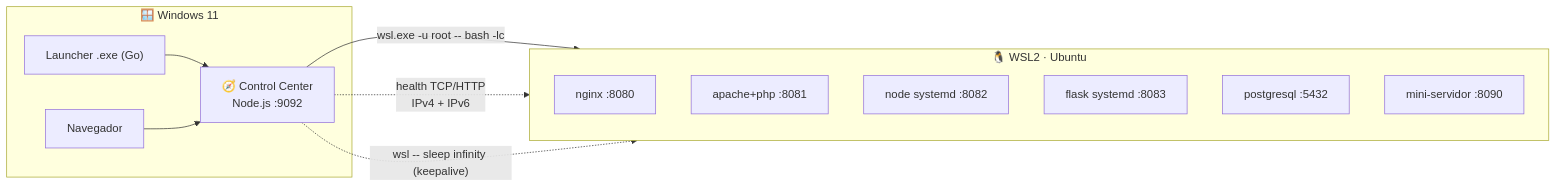
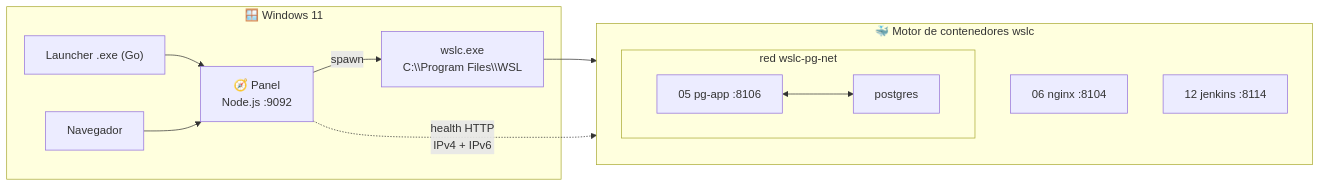
The first of 2 diagrams in docs/ARCHITECTURE.md (vladimiracunadev-create/wsl-labs), drawn with Mermaid before and after one commit. The commit also changed other lines of this file and 90 other files, not shown here.

````diff
--- a/docs/ARCHITECTURE.md
+++ b/docs/ARCHITECTURE.md
@@ -38,21 +37,23 @@
 ```mermaid
 flowchart LR
     subgraph WIN["🪟 Windows 11"]
         B["Navegador"]
         L["Launcher .exe (Go)"]
-        D["🧭 Control Center<br/>Node.js :9092"]
+        D["🧭 Panel<br/>Node.js :9092"]
+        WSLC["wslc.exe<br/>C:\\Program Files\\WSL"]
     end
-    subgraph WSL["🐧 WSL2 · Ubuntu"]
-        N["nginx :8080"]
-        A["apache+php :8081"]
-        NO["node systemd :8082"]
-        P["flask systemd :8083"]
-        PG["postgresql :5432"]
-        M["mini-servidor :8090"]
+    subgraph ENGINE["🐳 Motor de contenedores wslc"]
+        subgraph NET["red wslc-pg-net"]
+            APP["05 pg-app :8106"]
+            PG["postgres"]
+        end
+        N["06 nginx :8104"]
+        J["12 jenkins :8114"]
     end
     L --> D
     B --> D
-    D -->|"wsl.exe -u root -- bash -lc"| WSL
-    D -.->|"health TCP/HTTP<br/>IPv4 + IPv6"| WSL
-    D -.->|"wsl -- sleep infinity (keepalive)"| WSL
+    D -->|spawn| WSLC
+    WSLC --> ENGINE
+    APP <--> PG
+    D -.->|"health HTTP<br/>IPv4 + IPv6"| ENGINE
 ```
````
